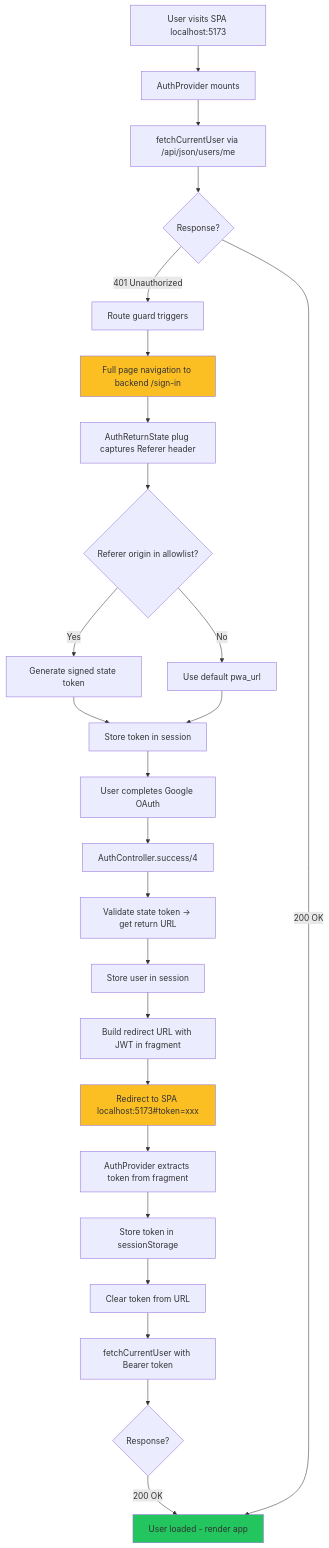
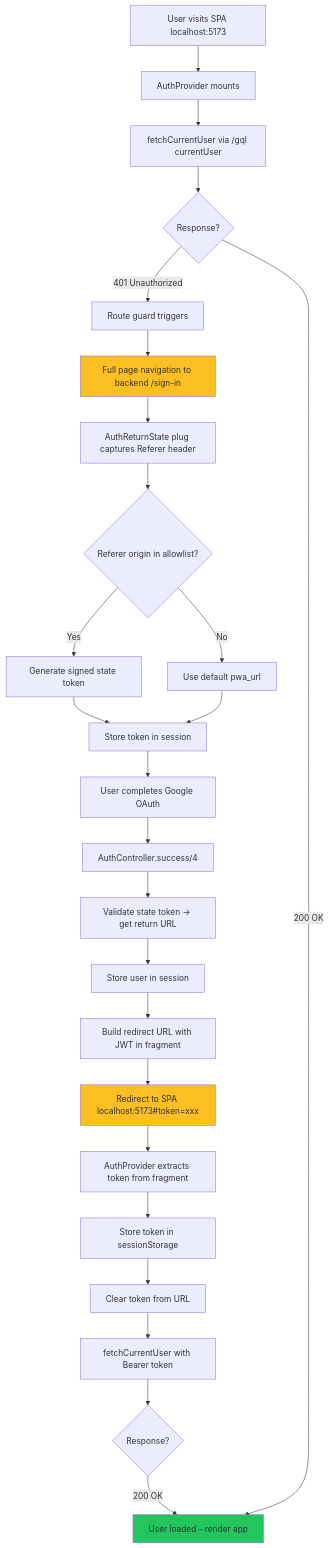
Before and after one commit to sealambda/chironium: the eighth of 9 diagrams in docs/AUTH.md, drawn with Mermaid. The commit also changed other lines of this file and 4 other files, not shown here.

````diff
--- a/docs/AUTH.md
+++ b/docs/AUTH.md
@@ -434,31 +362,31 @@
 ```mermaid
 flowchart TD
     A[User visits SPA localhost:5173] --> B[AuthProvider mounts]
-    B --> C[fetchCurrentUser via /api/json/users/me]
+    B --> C[fetchCurrentUser via /gql currentUser]
     C --> D{Response?}
     D -->|401 Unauthorized| E[Route guard triggers]
     E --> F[Full page navigation to backend /sign-in]
     F --> G[AuthReturnState plug captures Referer header]
     G --> H{Referer origin in allowlist?}
     H -->|Yes| I[Generate signed state token]
     H -->|No| J[Use default pwa_url]
     I --> K[Store token in session]
     J --> K
     K --> L[User completes Google OAuth]
     L --> M[AuthController.success/4]
     M --> N[Validate state token → get return URL]
     N --> O[Store user in session]
     O --> P[Build redirect URL with JWT in fragment]
     P --> Q[Redirect to SPA localhost:5173#token=xxx]
     Q --> R[AuthProvider extracts token from fragment]
     R --> S[Store token in sessionStorage]
     S --> T[Clear token from URL]
     T --> U[fetchCurrentUser with Bearer token]
     U --> V{Response?}
     V -->|200 OK| W[User loaded - render app]
     D -->|200 OK| W
 
     style W fill:#22c55e
     style F fill:#fbbf24
     style Q fill:#fbbf24
 ```
````
